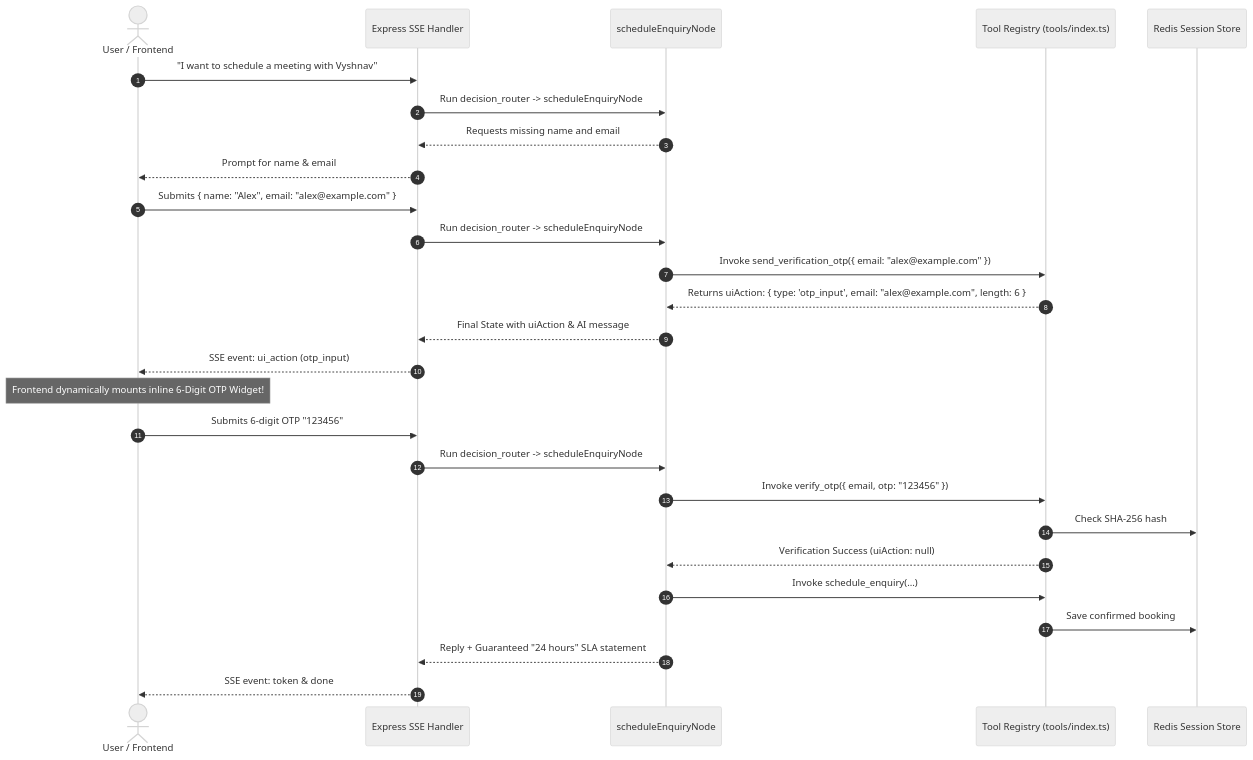
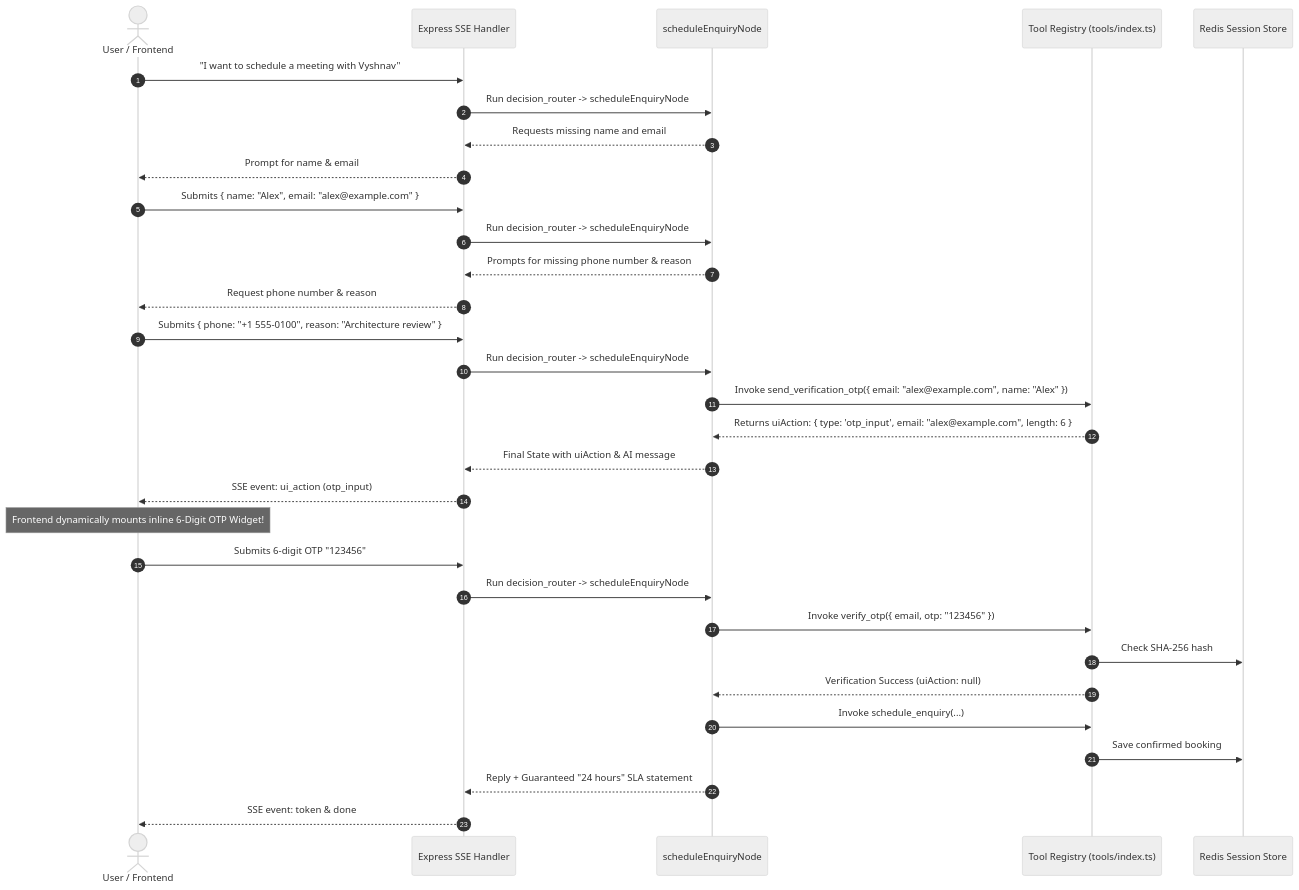
One commit to vyshn4v/YohoAiAgent changed the second of 3 diagrams in docs/ARCHITECTURE.md. Above: the diagram before and after it, drawn with Mermaid (neutral theme). The commit also changed 20 other files, not shown here.

Commit message:
fix(review): harden OTP atomicity, session leases/fencing, route validation, pagination, and docs

````diff
--- a/docs/ARCHITECTURE.md
+++ b/docs/ARCHITECTURE.md
@@ -126,32 +126,37 @@
 ```mermaid
 sequenceDiagram
     autonumber
     actor User as User / Frontend
     participant Server as Express SSE Handler
     participant Agent as scheduleEnquiryNode
     participant Tools as Tool Registry (tools/index.ts)
     participant Redis as Redis Session Store
 
     User->>Server: "I want to schedule a meeting with Vyshnav"
     Server->>Agent: Run decision_router -> scheduleEnquiryNode
     Agent-->>Server: Requests missing name and email
     Server-->>User: Prompt for name & email
 
     User->>Server: Submits { name: "Alex", email: "alex@example.com" }
     Server->>Agent: Run decision_router -> scheduleEnquiryNode
-    Agent->>Tools: Invoke send_verification_otp({ email: "alex@example.com" })
+    Agent-->>Server: Prompts for missing phone number & reason
+    Server-->>User: Request phone number & reason
+
+    User->>Server: Submits { phone: "+1 555-0100", reason: "Architecture review" }
+    Server->>Agent: Run decision_router -> scheduleEnquiryNode
+    Agent->>Tools: Invoke send_verification_otp({ email: "alex@example.com", name: "Alex" })
     Tools-->>Agent: Returns uiAction: { type: 'otp_input', email: "alex@example.com", length: 6 }
     Agent-->>Server: Final State with uiAction & AI message
     Server-->>User: SSE event: ui_action (otp_input)
     Note over User: Frontend dynamically mounts inline 6-Digit OTP Widget!
 
     User->>Server: Submits 6-digit OTP "123456"
     Server->>Agent: Run decision_router -> scheduleEnquiryNode
     Agent->>Tools: Invoke verify_otp({ email, otp: "123456" })
     Tools->>Redis: Check SHA-256 hash
     Tools-->>Agent: Verification Success (uiAction: null)
     Agent->>Tools: Invoke schedule_enquiry(...)
     Tools->>Redis: Save confirmed booking
     Agent-->>Server: Reply + Guaranteed "24 hours" SLA statement
     Server-->>User: SSE event: token & done
 ```
````
